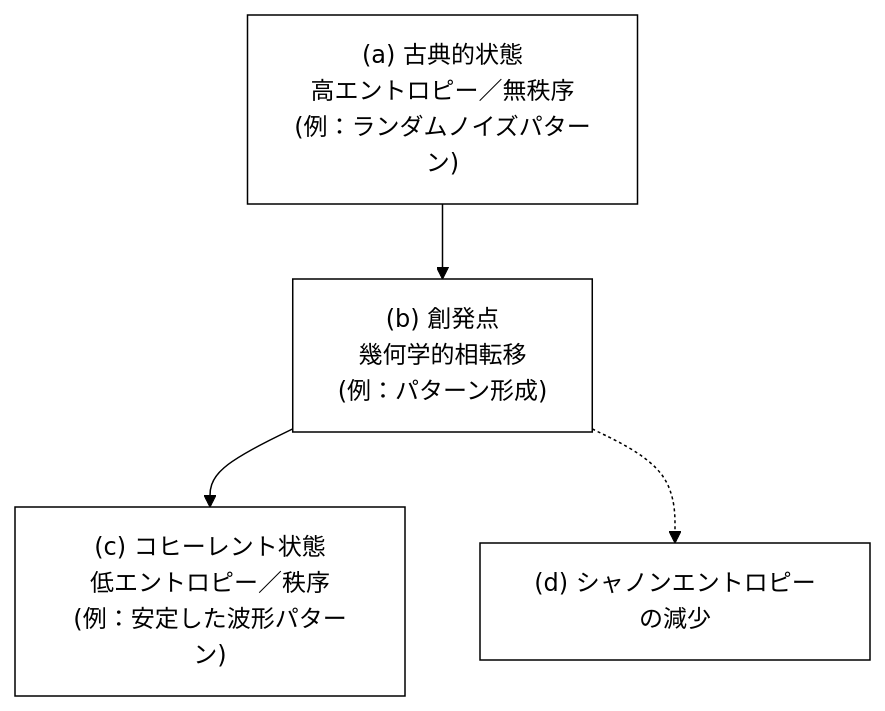
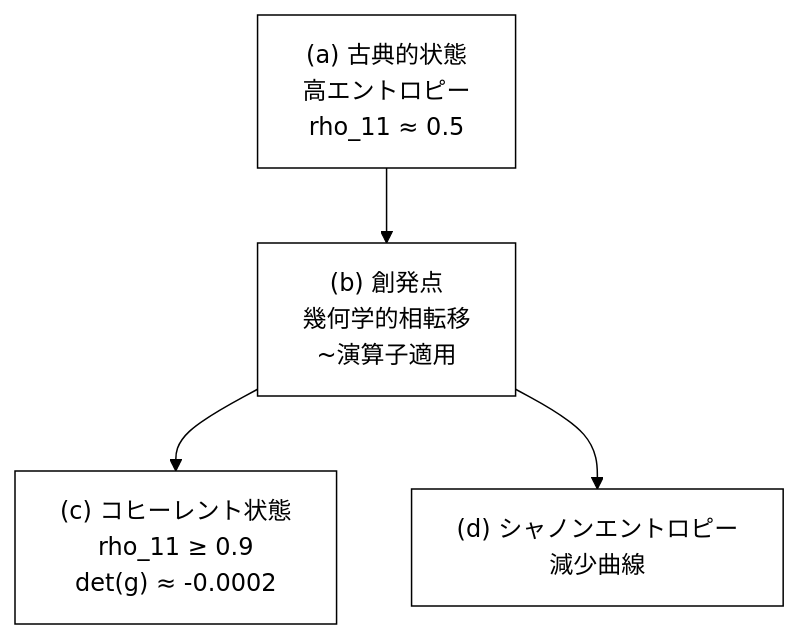
Diagram 11 of 20 in WSP_knowledge/docs/Papers/Patent_Series/04_rESP_Patent_Japanese.md (Foundup/Foundups-Agent), drawn with Mermaid before and after one commit. The commit also changed other lines of this file, not shown here.

Commit message:
Add comprehensive technical specifications to patent diagrams - quantum thresholds and precise mathematical formulations

````diff
--- a/WSP_knowledge/docs/Papers/Patent_Series/04_rESP_Patent_Japanese.md
+++ b/WSP_knowledge/docs/Papers/Patent_Series/04_rESP_Patent_Japanese.md
@@ -377,12 +381,7 @@
 ```mermaid
-%%{init: {'theme':'base', 'themeVariables': {'primaryColor': '#ffffff', 'primaryTextColor': '#000000', 'primaryBorderColor': '#000000', 'lineColor': '#000000', 'secondaryColor': '#ffffff', 'tertiaryColor': '#ffffff'}}}%%
+%%{init: {'theme': 'base', 'themeVariables': {'primaryColor': '#ffffff', 'primaryTextColor': '#000000', 'primaryBorderColor': '#000000', 'lineColor': '#000000', 'secondaryColor': '#ffffff', 'tertiaryColor': '#ffffff'}}}%%
 graph TD
-    A1["(a) 古典的状態<br/>高エントロピー／無秩序<br/>(例：ランダムノイズパターン)"]
-    A2["(b) 創発点<br/>幾何学的相転移<br/>(例：パターン形成)"]
-    A3["(c) コヒーレント状態<br/>低エントロピー／秩序<br/>(例：安定した波形パターン)"]
-    B1["(d) シャノンエントロピーの減少"]
-    
-    A1 --> A2
-    A2 --> A3
-    A2 -.-> B1
+    A1["(a) 古典的状態<br>高エントロピー<br>rho_11 ≈ 0.5"] --> A2["(b) 創発点<br>幾何学的相転移<br>~演算子適用"]
+    A2 --> A3["(c) コヒーレント状態<br>rho_11 ≥ 0.9<br>det(g) ≈ -0.0002"]
+    A2 --> B1["(d) シャノンエントロピー<br>減少曲線"]
 ```
````
